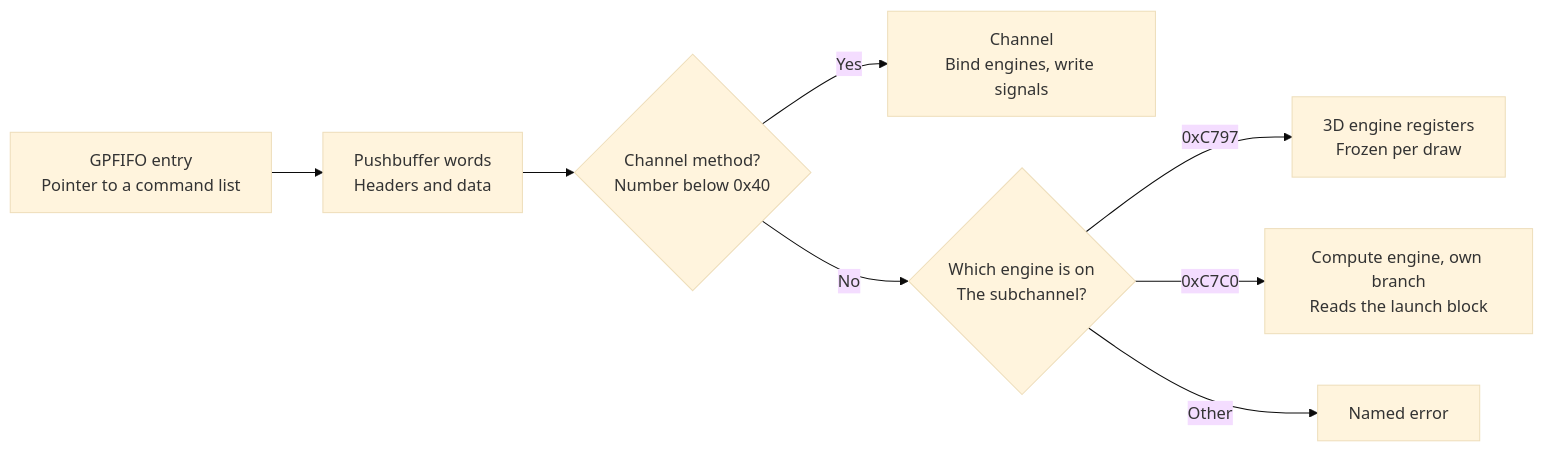
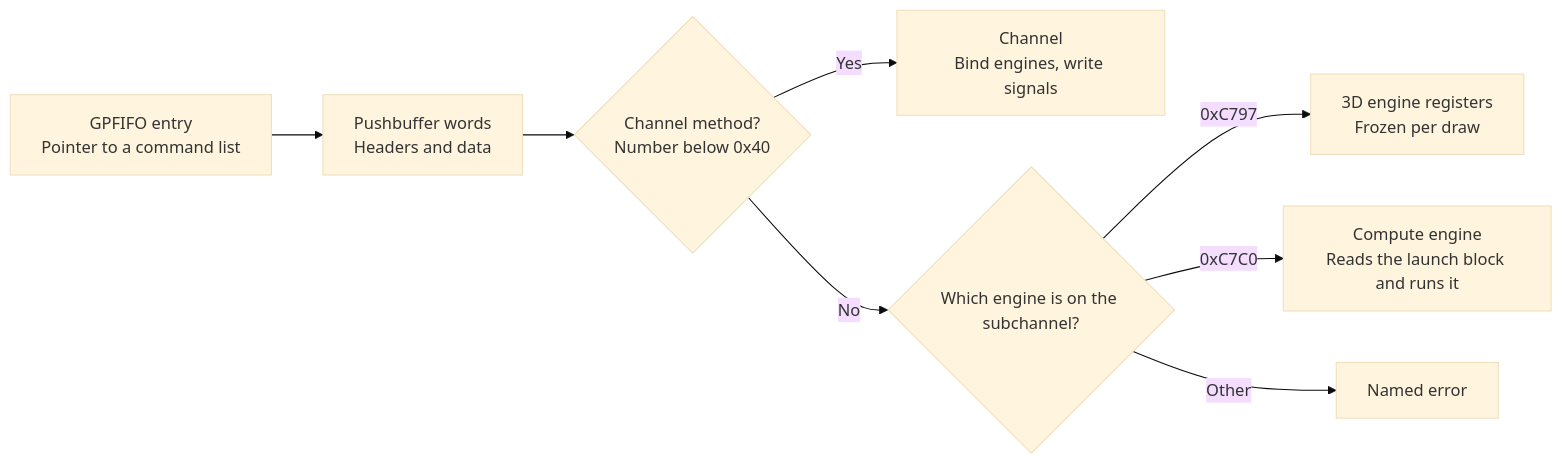
One commit to 0xNikilite/oboromi changed the diagram in docs/architecture/command-processor-and-memory.md. Above: the diagram before and after it, drawn with Mermaid (base theme). The commit also changed other lines of this file and 9 other files, not shown here.

````diff
--- a/docs/architecture/command-processor-and-memory.md
+++ b/docs/architecture/command-processor-and-memory.md
@@ -20,10 +20,10 @@
 ```mermaid
 flowchart LR
     GP["GPFIFO entry<br/>Pointer to a command list"] --> PB["Pushbuffer words<br/>Headers and data"]
     PB --> HDR{"Channel method?<br/>Number below 0x40"}
     HDR -->|"Yes"| CH["Channel<br/>Bind engines, write signals"]
-    HDR -->|"No"| SUB{"Which engine is on<br/>The subchannel?"}
+    HDR -->|"No"| SUB{"Which engine is on the subchannel?"}
     SUB -->|"0xC797"| TD["3D engine registers<br/>Frozen per draw"]
-    SUB -->|"0xC7C0"| CC["Compute engine, own branch<br/>Reads the launch block"]
+    SUB -->|"0xC7C0"| CC["Compute engine<br/>Reads the launch block and runs it"]
     SUB -->|"Other"| ERR["Named error"]
 ```
````
